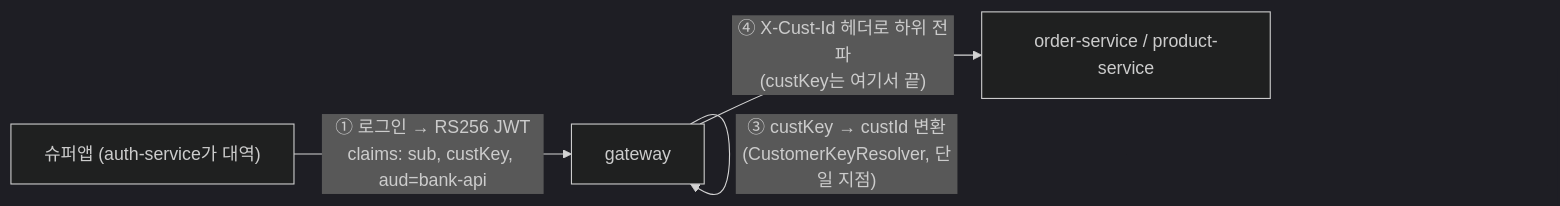
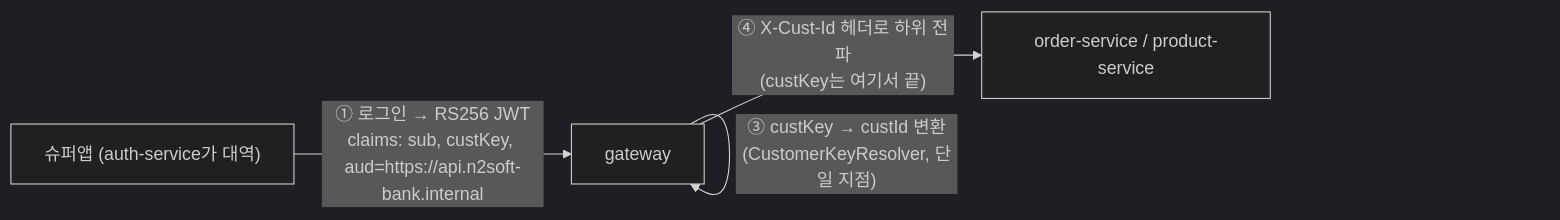
One commit to kimsukhwan/msa-k3s-lab changed the fifth of 5 diagrams in FLOW.md. Above: the diagram before and after it, drawn with Mermaid (dark theme). The commit also changed other lines of this file and 3 other files, not shown here.

First line of the commit message:
refactor(auth): aud 값을 짧은 문자열 'bank-api' → 고유 URI로 변경

````diff
--- a/FLOW.md
+++ b/FLOW.md
@@ -213,7 +213,7 @@
 ```mermaid
 flowchart LR
-    SA["슈퍼앱 (auth-service가 대역)"] -->|"① 로그인 → RS256 JWT<br/>claims: sub, custKey, aud=bank-api"| G["gateway"]
+    SA["슈퍼앱 (auth-service가 대역)"] -->|"① 로그인 → RS256 JWT<br/>claims: sub, custKey, aud=https://api.n2soft-bank.internal"| G["gateway"]
     G -->|"② 서명 검증(JWKS) + aud 검증"| G
     G -->|"③ custKey → custId 변환<br/>(CustomerKeyResolver, 단일 지점)"| G
     G -->|"④ X-Cust-Id 헤더로 하위 전파<br/>(custKey는 여기서 끝)"| O["order-service / product-service"]
 ```
````
